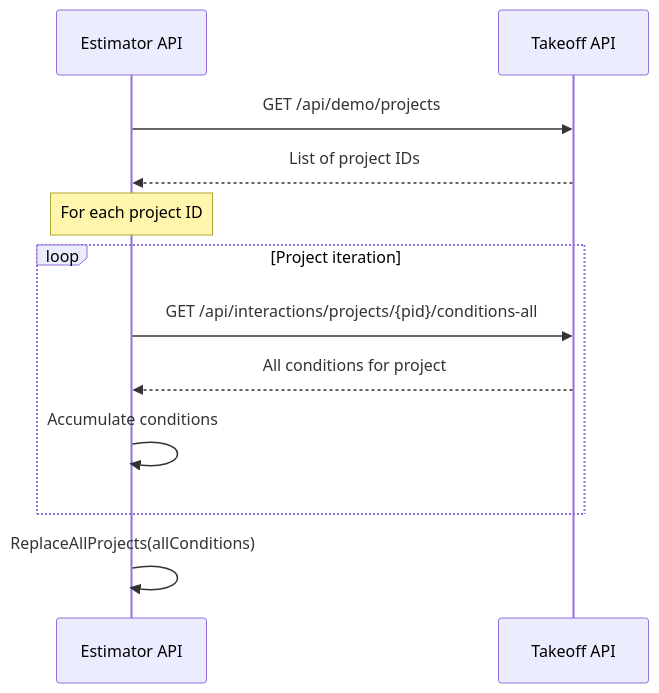
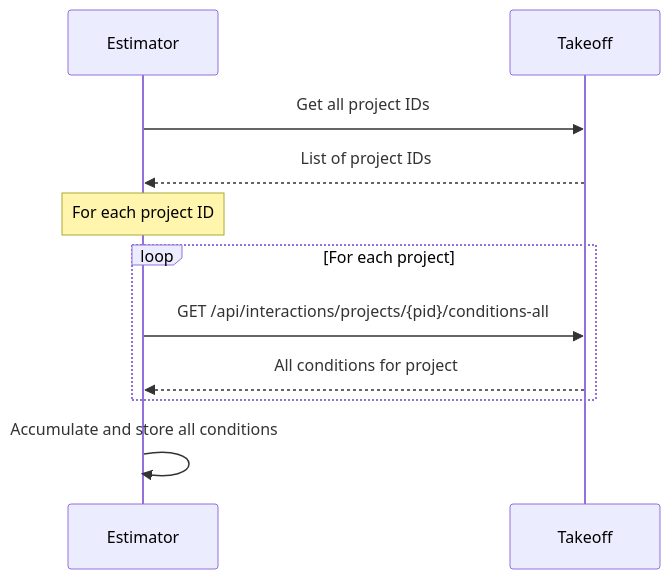
The fourth of 7 diagrams in docs/contract-diagrams.md (pkarabut-bw/embedded-integration), drawn with Mermaid before and after one commit. The commit also changed other lines of this file, not shown here.

Commit message:
updated diagrams

````diff
--- a/docs/contract-diagrams.md
+++ b/docs/contract-diagrams.md
@@ -102,17 +94,16 @@
 ```mermaid
 sequenceDiagram
-    participant EstimatorAPI as Estimator API
-    participant TakeoffAPI as Takeoff API
+    participant Estimator
+    participant Takeoff
     
-    EstimatorAPI->>TakeoffAPI: GET /api/demo/projects
-    TakeoffAPI-->>EstimatorAPI: List of project IDs
+    Estimator->>Takeoff: Get all project IDs
+    Takeoff-->>Estimator: List of project IDs
     
-    Note over EstimatorAPI: For each project ID
-    loop Project iteration
-        EstimatorAPI->>TakeoffAPI: GET /api/interactions/projects/{pid}/conditions-all
-        TakeoffAPI-->>EstimatorAPI: All conditions for project
-        EstimatorAPI->>EstimatorAPI: Accumulate conditions
+    Note over Estimator: For each project ID
+    loop For each project
+        Estimator->>Takeoff: GET /api/interactions/projects/{pid}/conditions-all
+        Takeoff-->>Estimator: All conditions for project
     end
     
-    EstimatorAPI->>EstimatorAPI: ReplaceAllProjects(allConditions)
+    Estimator->>Estimator: Accumulate and store all conditions
 ```
````
